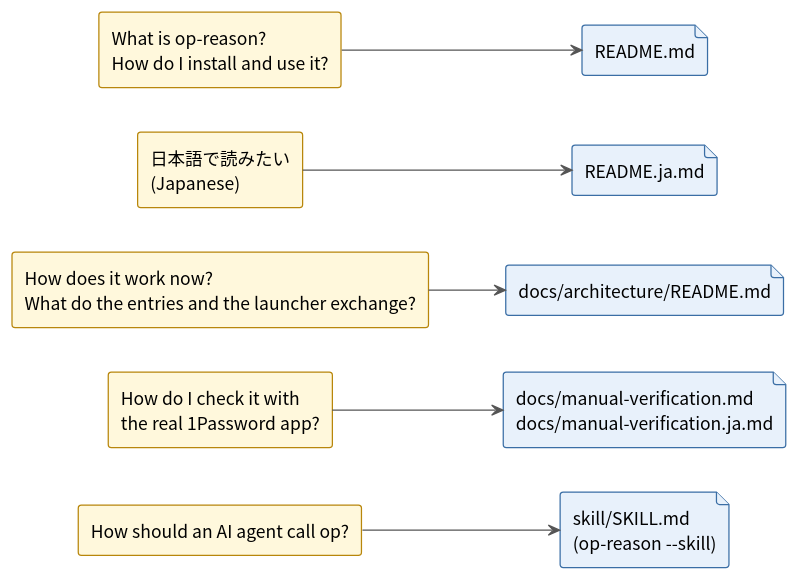
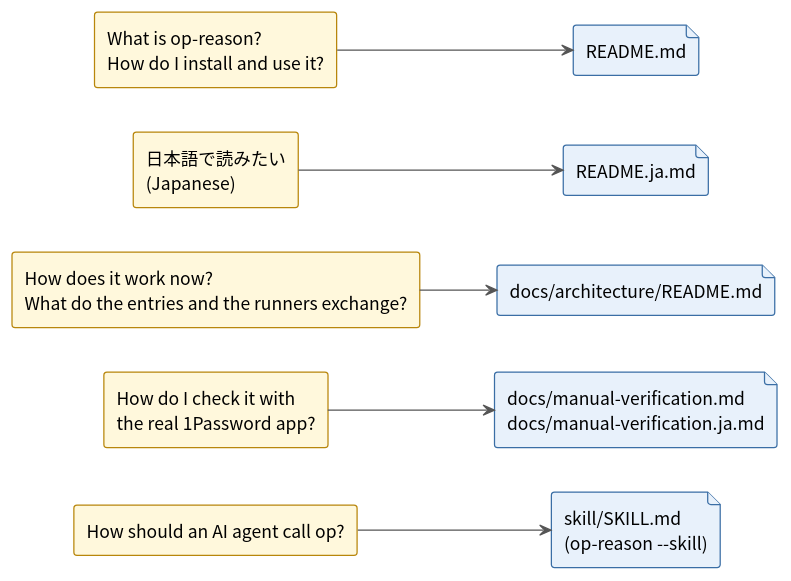
The diagram in docs/plantuml/01_map.puml (pollenjp/op-reason), drawn with PlantUML before and after one commit. The commit also changed 15 other files, not shown here.

```diff
--- a/docs/plantuml/01_map.puml
+++ b/docs/plantuml/01_map.puml
@@ -1,32 +1,32 @@
 @startuml
 !theme plain
 left to right direction
 skinparam defaultFontName "Noto Sans CJK JP"
 skinparam ArrowColor #555555
 skinparam rectangle {
   BackgroundColor #FFF8DC
   BorderColor #B8860B
 }
 skinparam file {
   BackgroundColor #E8F1FB
   BorderColor #3A6EA5
 }
 
 rectangle "How should an AI agent call op?" as Q4
 rectangle "How do I check it with\nthe real 1Password app?" as Q3
-rectangle "How does it work now?\nWhat do the entries and the launcher exchange?" as Q2
+rectangle "How does it work now?\nWhat do the entries and the runners exchange?" as Q2
 rectangle "日本語で読みたい\n(Japanese)" as Q5
 rectangle "What is op-reason?\nHow do I install and use it?" as Q1
 
 file "skill/SKILL.md\n(op-reason --skill)" as P4
 file "docs/manual-verification.md\ndocs/manual-verification.ja.md" as P3
 file "docs/architecture/README.md" as P2
 file "README.ja.md" as P5
 file "README.md" as P1
 
 Q4 --> P4
 Q3 --> P3
 Q2 --> P2
 Q5 --> P5
 Q1 --> P1
 @enduml
```
